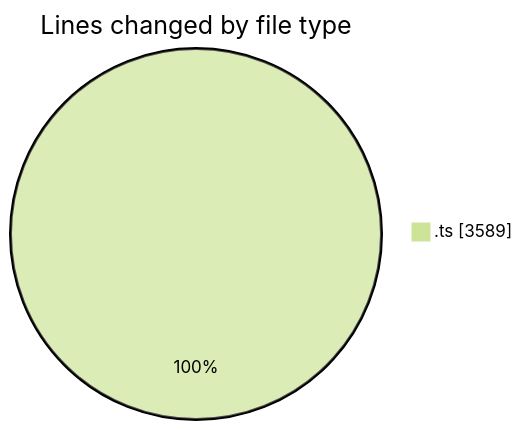
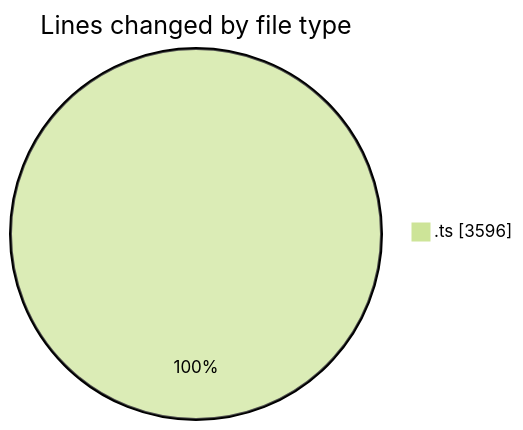
One commit to momahboobian/code-tracking changed the first of 2 diagrams in 2025-10-23/cda/README.md. Above: the diagram before and after it, drawn with Mermaid (forest theme). The commit also changed other lines of this file and 1 other file, not shown here.

````diff
--- a/2025-10-23/cda/README.md
+++ b/2025-10-23/cda/README.md
@@ -24,5 +24,5 @@
 ```mermaid
 pie showData
 title Lines changed by file type
-".ts" : 3589
+".ts" : 3596
 ```
````
